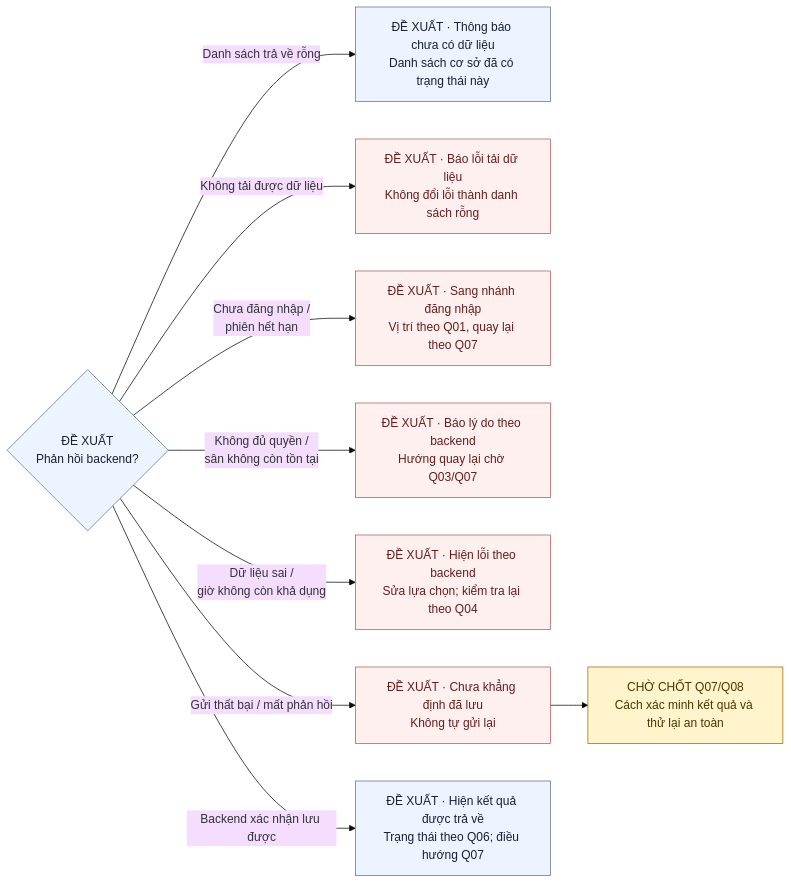
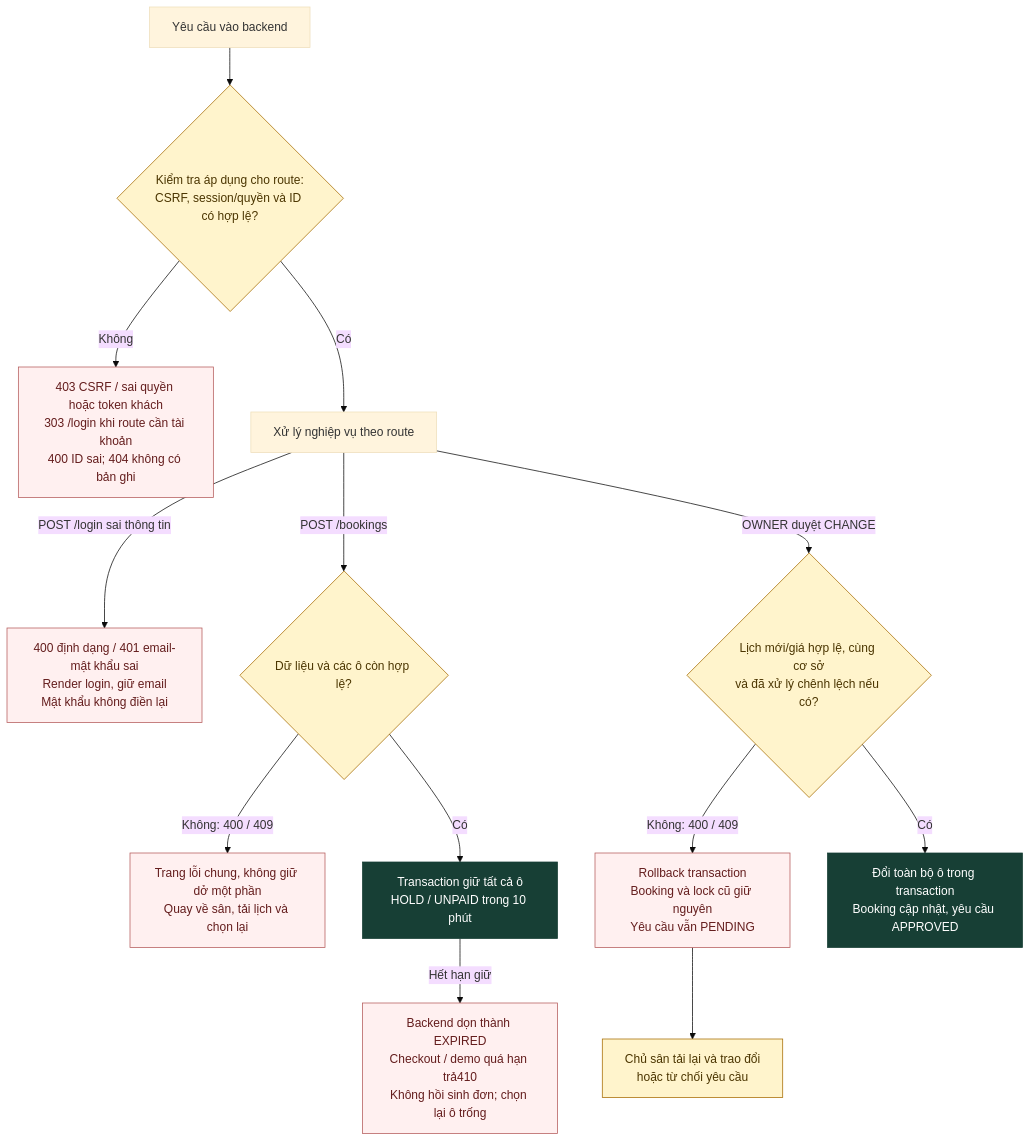
The fifth of 5 diagrams in docs/LUONG_SU_DUNG_NHAP.md (indominusrex932005-arch/dat-san-tu-dau), drawn with Mermaid (base theme) before and after one commit. The commit also changed other lines of this file and 5 other files, not shown here.

````diff
--- a/docs/LUONG_SU_DUNG_NHAP.md
+++ b/docs/LUONG_SU_DUNG_NHAP.md
@@ -96,18 +229,21 @@
 ```mermaid
-flowchart LR
-    B{"ĐỀ XUẤT<br/>Phản hồi backend?"}
-    B -->|"Danh sách trả về rỗng"| C["ĐỀ XUẤT · Thông báo chưa có dữ liệu<br/>Danh sách cơ sở đã có trạng thái này"]
-    B -->|"Không tải được dữ liệu"| D["ĐỀ XUẤT · Báo lỗi tải dữ liệu<br/>Không đổi lỗi thành danh sách rỗng"]
-    B -->|"Chưa đăng nhập /<br/>phiên hết hạn"| E["ĐỀ XUẤT · Sang nhánh đăng nhập<br/>Vị trí theo Q01, quay lại theo Q07"]
-    B -->|"Không đủ quyền /<br/>sân không còn tồn tại"| F["ĐỀ XUẤT · Báo lý do theo backend<br/>Hướng quay lại chờ Q03/Q07"]
-    B -->|"Dữ liệu sai /<br/>giờ không còn khả dụng"| G["ĐỀ XUẤT · Hiện lỗi theo backend<br/>Sửa lựa chọn; kiểm tra lại theo Q04"]
-    B -->|"Gửi thất bại / mất phản hồi"| H["ĐỀ XUẤT · Chưa khẳng định đã lưu<br/>Không tự gửi lại"]
-    H --> I["CHỜ CHỐT Q07/Q08<br/>Cách xác minh kết quả và thử lại an toàn"]
-    B -->|"Backend xác nhận lưu được"| J["ĐỀ XUẤT · Hiện kết quả được trả về<br/>Trạng thái theo Q06; điều hướng Q07"]
-    classDef proposed fill:#edf4ff,color:#172033,stroke:#64748b
-    classDef pending fill:#fff4cc,color:#4b3500,stroke:#a66b00
+flowchart TD
+    A["Yêu cầu vào backend"] --> G{"Kiểm tra áp dụng cho route:<br/>CSRF, session/quyền và ID có hợp lệ?"}
+    G -->|"Không"| D["403 CSRF / sai quyền hoặc token khách<br/>303 /login khi route cần tài khoản<br/>400 ID sai; 404 không có bản ghi"]
+    G -->|"Có"| T["Xử lý nghiệp vụ theo route"]
+    T -->|"POST /login sai thông tin"| L["400 định dạng / 401 email-mật khẩu sai<br/>Render login, giữ email<br/>Mật khẩu không điền lại"]
+    T -->|"POST /bookings"| B{"Dữ liệu và các ô còn hợp lệ?"}
+    B -->|"Không: 400 / 409"| E["Trang lỗi chung, không giữ dở một phần<br/>Quay về sân, tải lịch và chọn lại"]
+    B -->|"Có"| H["Transaction giữ tất cả ô<br/>HOLD / UNPAID trong 10 phút"]
+    H -->|"Hết hạn giữ"| X["Backend dọn thành EXPIRED<br/>Checkout / demo quá hạn trả410<br/>Không hồi sinh đơn; chọn lại ô trống"]
+    T -->|"OWNER duyệt CHANGE"| C{"Lịch mới/giá hợp lệ, cùng cơ sở<br/>và đã xử lý chênh lệch nếu có?"}
+    C -->|"Không: 400 / 409"| R["Rollback transaction<br/>Booking và lock cũ giữ nguyên<br/>Yêu cầu vẫn PENDING"]
+    R --> F["Chủ sân tải lại và trao đổi<br/>hoặc từ chối yêu cầu"]
+    C -->|"Có"| S["Đổi toàn bộ ô trong transaction<br/>Booking cập nhật, yêu cầu APPROVED"]
+    classDef done fill:#173f35,color:#fff,stroke:#173f35
+    classDef notice fill:#fff4cc,color:#4b3500,stroke:#a66b00
     classDef error fill:#fff0f0,color:#641d1d,stroke:#b45a5a
-    class B,C,J proposed
-    class D,E,F,G,H error
-    class I pending
+    class H,S done
+    class G,B,C,F notice
+    class D,L,E,X,R error
 ```
````
